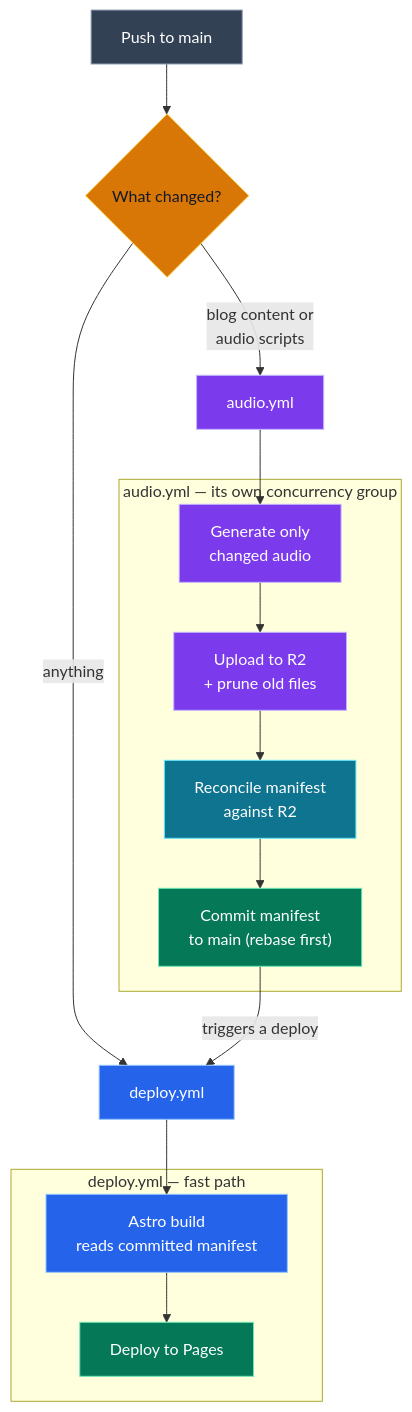
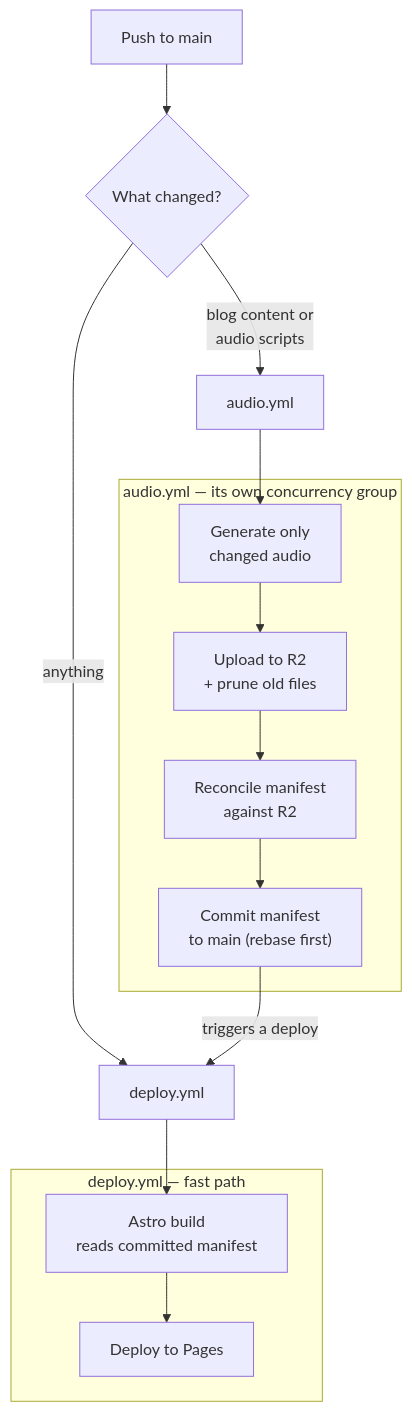
Before and after one commit to g-savitha/gsavitha.in: the sixth of 7 diagrams in src/content/blog/blog-audio-player.md, drawn with Mermaid. The commit also changed other lines of this file and 5 other files, not shown here.

Commit message:
Mermaid: move every post colour into one PALETTE; posts use named classes only

````diff
--- a/src/content/blog/blog-audio-player.md
+++ b/src/content/blog/blog-audio-player.md
@@ -386,30 +355,23 @@
 ```mermaid
 flowchart TD
-    PUSH["Push to main"]:::content --> Q{"What changed?"}:::warning
-    Q -->|"blog content or\naudio scripts"| AUDIO["audio.yml"]:::accent
-    Q -->|"anything"| DEPLOY["deploy.yml"]:::primary
+    PUSH["Push to main"]:::content --> Q{"What changed?"}:::amber
+    Q -->|"blog content or\naudio scripts"| AUDIO["audio.yml"]:::violet
+    Q -->|"anything"| DEPLOY["deploy.yml"]:::royal
 
     subgraph AudioJob["audio.yml — its own concurrency group"]
-        GEN["Generate only\nchanged audio"]:::accent
-        UP["Upload to R2\n+ prune old files"]:::accent
-        REC["Reconcile manifest\nagainst R2"]:::info
-        COMMIT["Commit manifest\nto main (rebase first)"]:::success
+        GEN["Generate only\nchanged audio"]:::violet
+        UP["Upload to R2\n+ prune old files"]:::violet
+        REC["Reconcile manifest\nagainst R2"]:::teal
+        COMMIT["Commit manifest\nto main (rebase first)"]:::emerald
     end
 
     AUDIO --> GEN --> UP --> REC --> COMMIT
     COMMIT -->|"triggers a deploy"| DEPLOY
 
     subgraph DeployJob["deploy.yml — fast path"]
-        BUILD["Astro build\nreads committed manifest"]:::primary
-        PAGES["Deploy to Pages"]:::success
+        BUILD["Astro build\nreads committed manifest"]:::royal
+        PAGES["Deploy to Pages"]:::emerald
     end
 
     DEPLOY --> BUILD --> PAGES
-
-    classDef primary fill:#2563eb,stroke:#93c5fd,color:#ffffff
-    classDef accent fill:#7c3aed,stroke:#c4b5fd,color:#ffffff
-    classDef success fill:#047857,stroke:#6ee7b7,color:#ffffff
-    classDef warning fill:#d97706,stroke:#fcd34d,color:#111827
-    classDef info fill:#0e7490,stroke:#67e8f9,color:#ffffff
-    classDef content fill:#334155,stroke:#94a3b8,color:#ffffff
 ```
````
